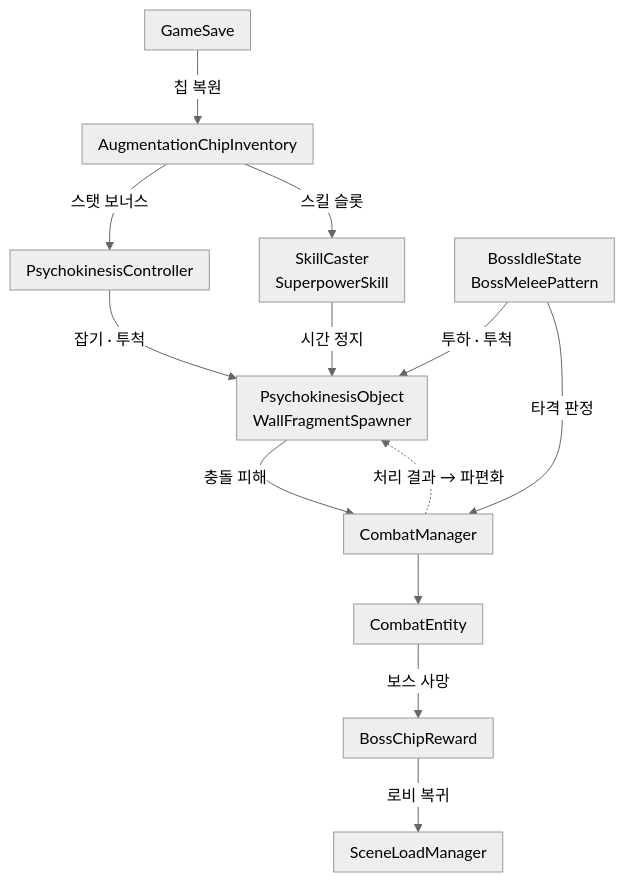
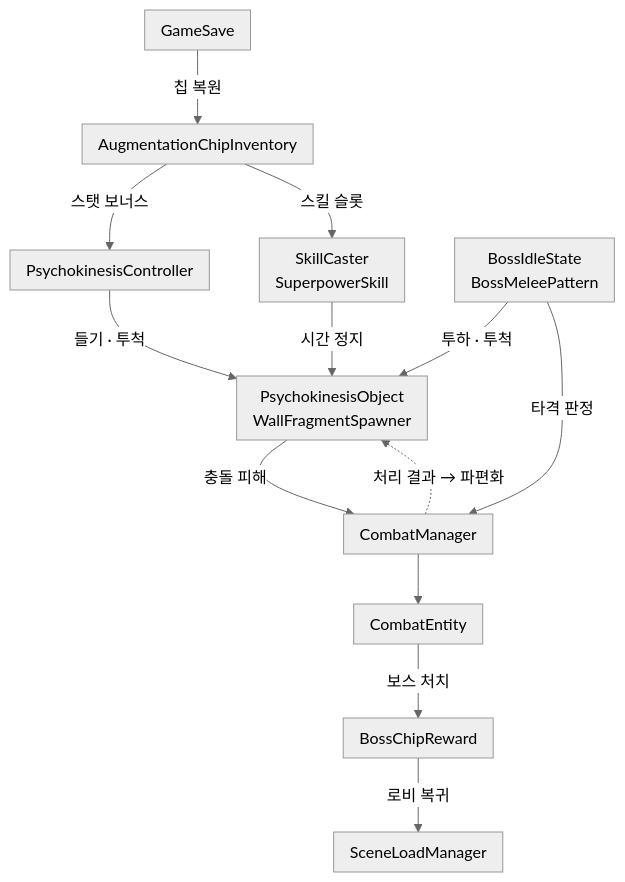
Before and after one commit to keeeery/portfolio: the second of 17 diagrams in src/1-ODDITY/TechDoc_ODDITY.md, drawn with Mermaid (neutral theme). The commit also changed other lines of this file and 46 other files, not shown here.

````diff
--- a/src/1-ODDITY/TechDoc_ODDITY.md
+++ b/src/1-ODDITY/TechDoc_ODDITY.md
@@ -117,19 +116,19 @@
 ```mermaid
 %%{init: {"flowchart": {"padding": 8}}}%%
 flowchart TB
     Save["GameSave"] -->|칩 복원| Chip["AugmentationChipInventory"]
     Chip -->|스탯 보너스| PC["PsychokinesisController"]
     Chip -->|스킬 슬롯| Skill["SkillCaster<br>SuperpowerSkill"]
-    PC -->|잡기 · 투척| Obj["PsychokinesisObject<br>WallFragmentSpawner"]
+    PC -->|들기 · 투척| Obj["PsychokinesisObject<br>WallFragmentSpawner"]
     Skill -->|시간 정지| Obj
     Boss["BossIdleState<br>BossMeleePattern"] -->|투하 · 투척| Obj
     Obj -->|충돌 피해| Combat["CombatManager"]
     Combat -.->|처리 결과 → 파편화| Obj
     Boss -->|타격 판정| Combat
     Combat --> Entity["CombatEntity"]
-    Entity -->|보스 사망| Reward["BossChipReward"]
+    Entity -->|보스 처치| Reward["BossChipReward"]
     Reward -->|로비 복귀| Scene["SceneLoadManager"]
-%% 격자: - Chip Save | - PC - | Skill Obj Boss | - Combat - | - Entity Reward | - - Scene
+%% 격자: - Chip Save | - PC - | Skill Obj Boss | - Combat - | - Entity - | - Reward Scene
 %% 화살표 Chip -> Skill: 나감=왼쪽 들어감=위
 %% 화살표 Boss -> Combat: 나감=아래 들어감=오른쪽
 ```
````
